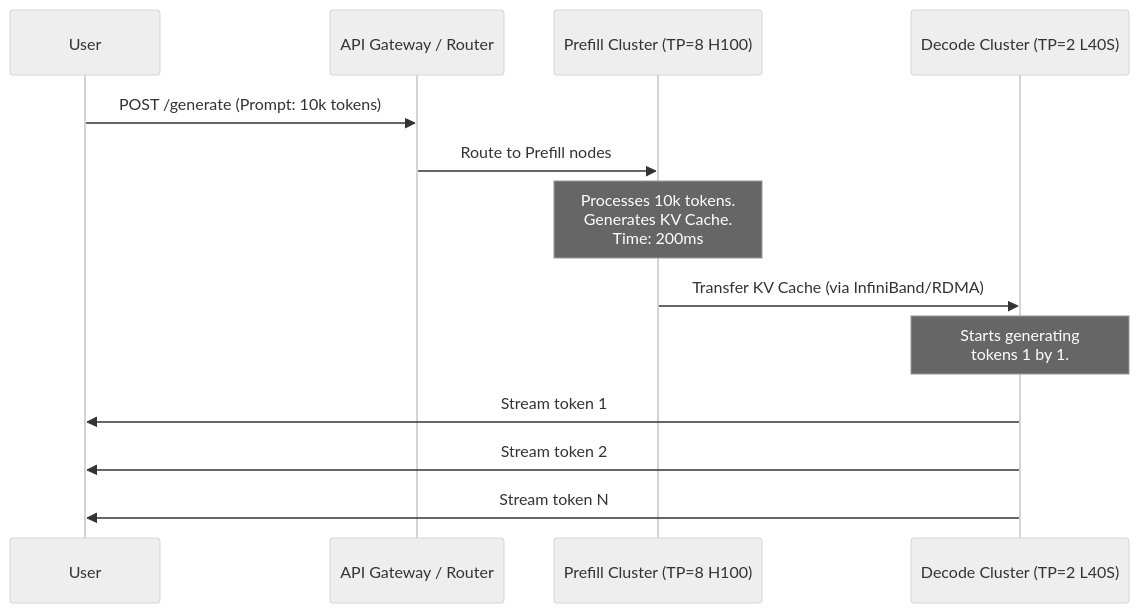
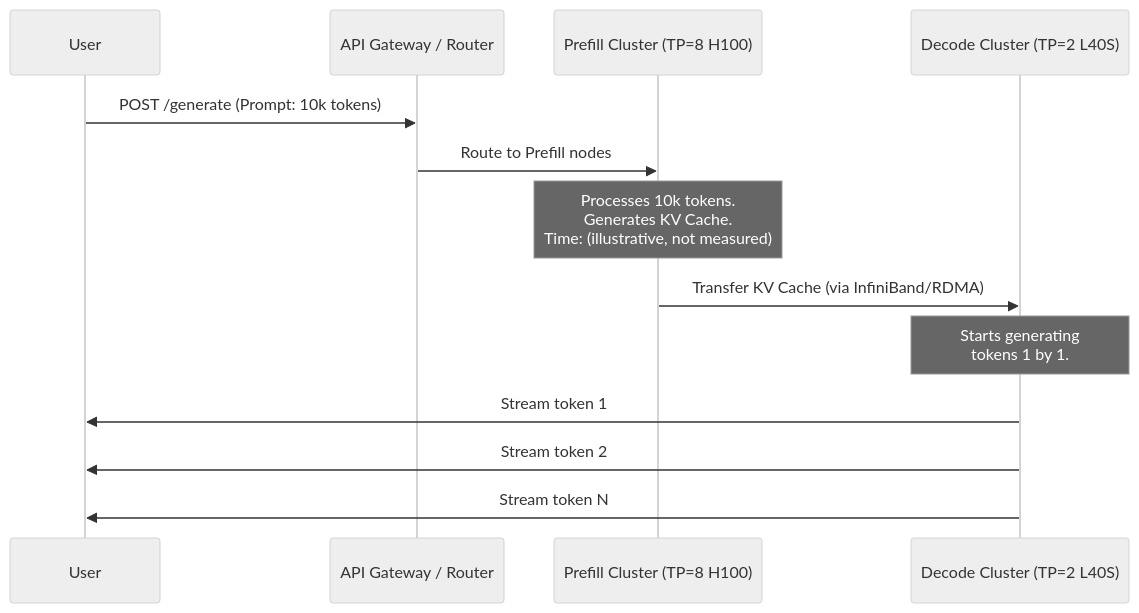
The second of 5 diagrams in docs/volume-05/03-ai-autoscaling-rag-masterclass.md (jithinpnjm/nvidia-devops), drawn with Mermaid (neutral theme) before and after one commit. The commit also changed other lines of this file and 289 other files, not shown here.

````diff
--- a/docs/volume-05/03-ai-autoscaling-rag-masterclass.md
+++ b/docs/volume-05/03-ai-autoscaling-rag-masterclass.md
@@ -131,16 +130,16 @@
 ```mermaid
 sequenceDiagram
     participant User
     participant Router as API Gateway / Router
     participant Prefill as Prefill Cluster (TP=8 H100)
     participant Decode as Decode Cluster (TP=2 L40S)
     
     User->>Router: POST /generate (Prompt: 10k tokens)
     Router->>Prefill: Route to Prefill nodes
-    Note over Prefill: Processes 10k tokens.<br/>Generates KV Cache.<br/>Time: 200ms
+    Note over Prefill: Processes 10k tokens.<br/>Generates KV Cache.<br/>Time: (illustrative, not measured)
     Prefill->>Decode: Transfer KV Cache (via InfiniBand/RDMA)
     Note over Decode: Starts generating<br/>tokens 1 by 1.
     Decode->>User: Stream token 1
     Decode->>User: Stream token 2
     Decode->>User: Stream token N
 ```
````
